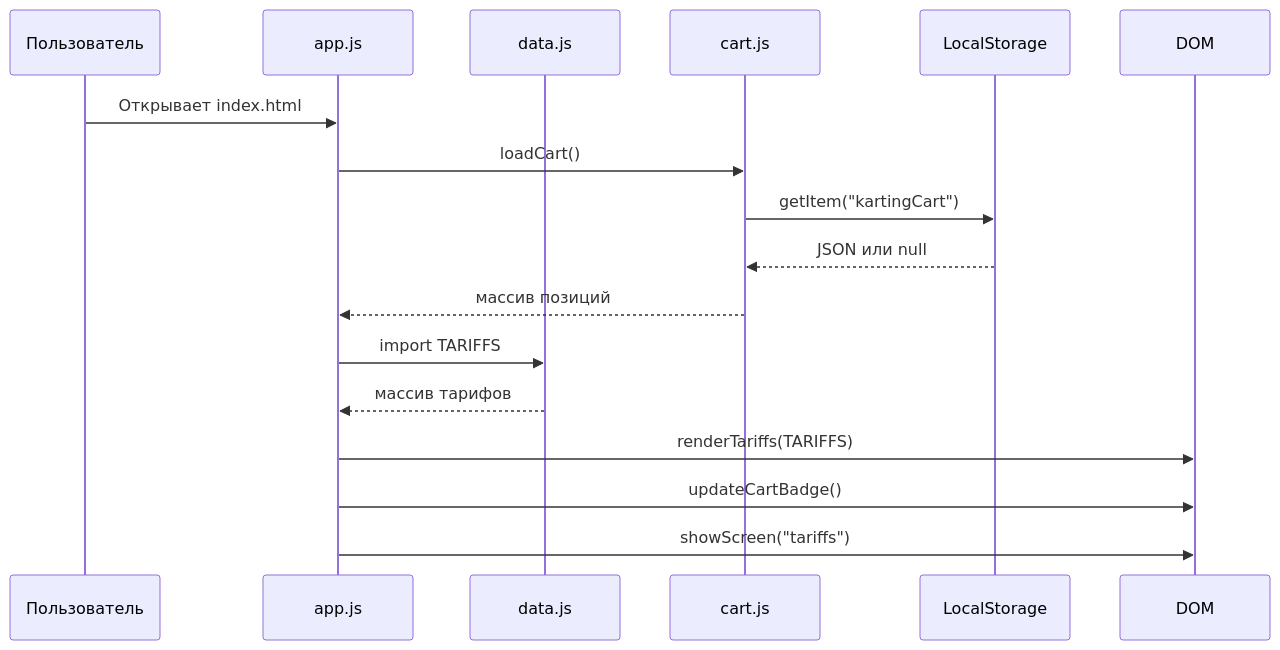
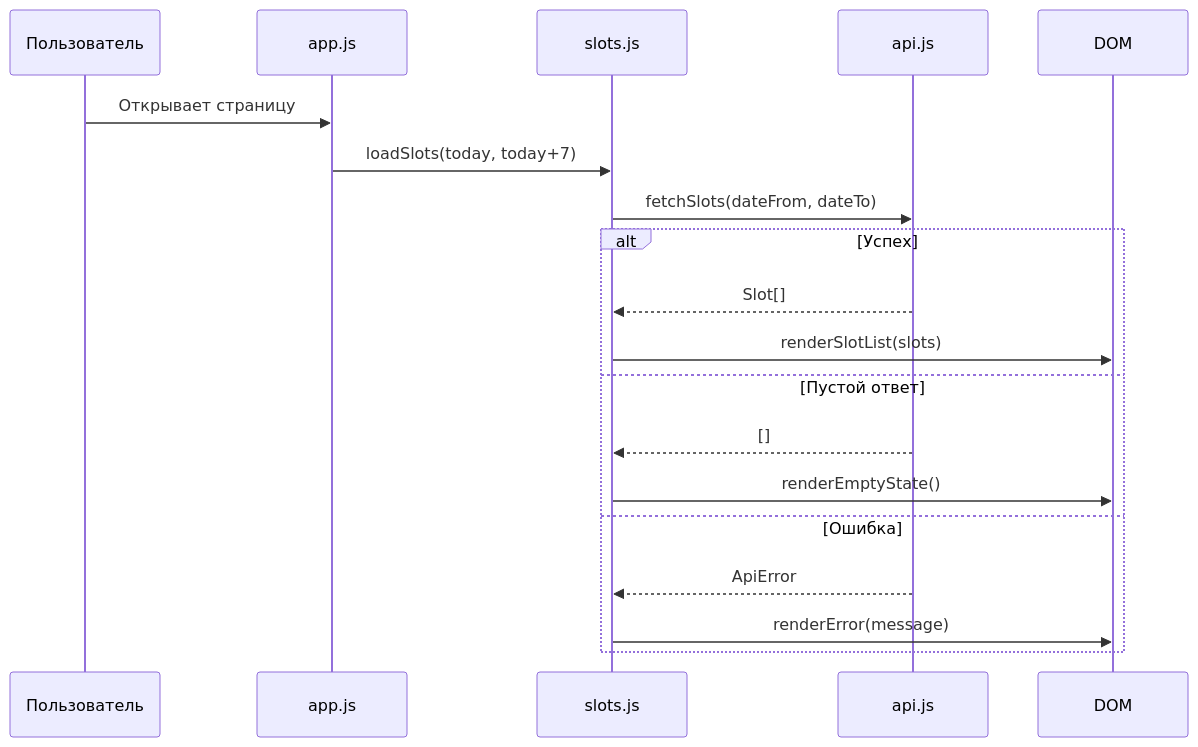
The fourth of 7 diagrams in docs/02-architecture.md (Terehov380/karting-apex), drawn with Mermaid before and after one commit. The commit also changed other lines of this file and 6 other files, not shown here.

````diff
--- a/docs/02-architecture.md
+++ b/docs/02-architecture.md
@@ -248,20 +282,22 @@
 ```mermaid
 sequenceDiagram
     participant User as Пользователь
     participant App as app.js
-    participant Data as data.js
-    participant Cart as cart.js
-    participant LS as LocalStorage
+    participant Slots as slots.js
+    participant API as api.js
     participant DOM as DOM
 
-    User->>App: Открывает index.html
-    App->>Cart: loadCart()
-    Cart->>LS: getItem("kartingCart")
-    LS-->>Cart: JSON или null
-    Cart-->>App: массив позиций
-    App->>Data: import TARIFFS
-    Data-->>App: массив тарифов
-    App->>DOM: renderTariffs(TARIFFS)
-    App->>DOM: updateCartBadge()
-    App->>DOM: showScreen("tariffs")
+    User->>App: Открывает страницу
+    App->>Slots: loadSlots(today, today+7)
+    Slots->>API: fetchSlots(dateFrom, dateTo)
+    alt Успех
+        API-->>Slots: Slot[]
+        Slots->>DOM: renderSlotList(slots)
+    else Пустой ответ
+        API-->>Slots: []
+        Slots->>DOM: renderEmptyState()
+    else Ошибка
+        API-->>Slots: ApiError
+        Slots->>DOM: renderError(message)
+    end
 ```
````
